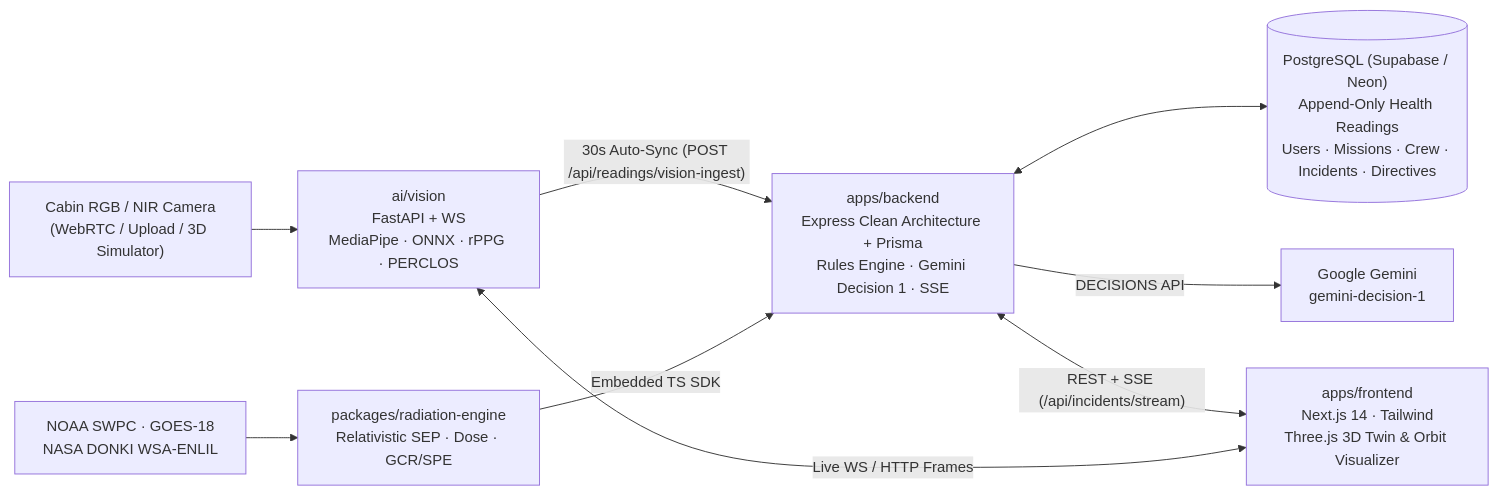
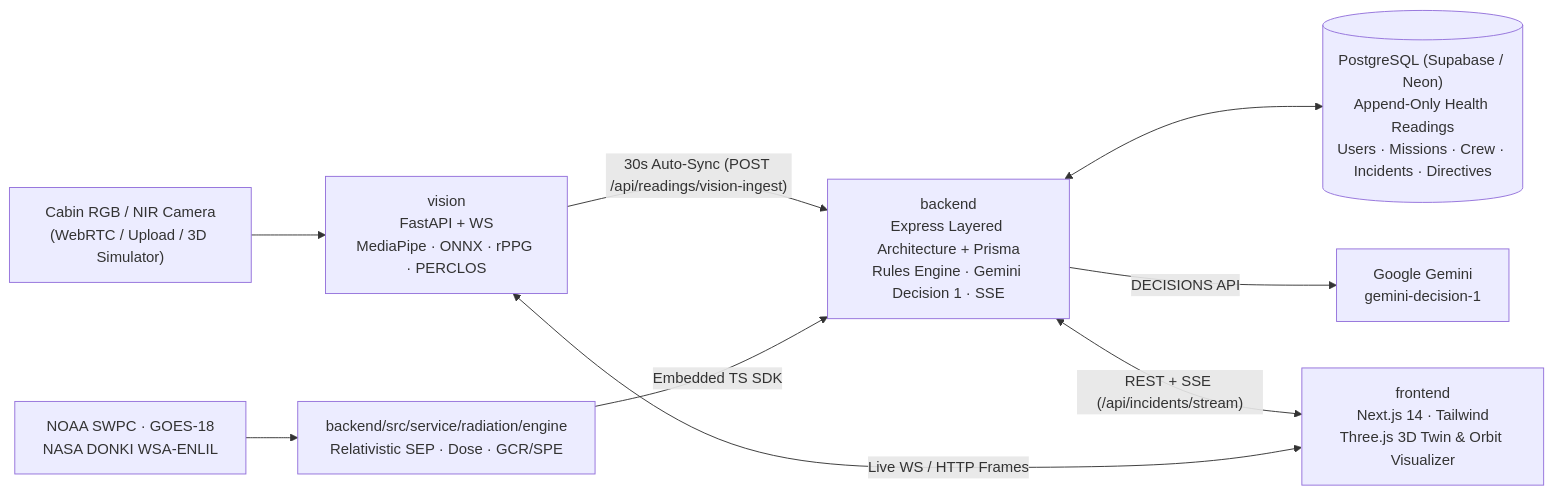
One commit to OlmosMyCity/NSA2026 changed the diagram in README.md. Above: the diagram before and after it, drawn with Mermaid. The commit also changed other lines of this file and 630 other files, not shown here.

First line of the commit message:
refactor: reorganize project into layered architecture

````diff
--- a/README.md
+++ b/README.md
@@ -72,11 +72,11 @@
 ```mermaid
 flowchart LR
-    Cam["Cabin RGB / NIR Camera\n(WebRTC / Upload / 3D Simulator)"] --> Vision["ai/vision\nFastAPI + WS\nMediaPipe · ONNX · rPPG · PERCLOS"]
-    NOAA["NOAA SWPC · GOES-18\nNASA DONKI WSA-ENLIL"] --> Rad["packages/radiation-engine\nRelativistic SEP · Dose · GCR/SPE"]
+    Cam["Cabin RGB / NIR Camera\n(WebRTC / Upload / 3D Simulator)"] --> Vision["vision\nFastAPI + WS\nMediaPipe · ONNX · rPPG · PERCLOS"]
+    NOAA["NOAA SWPC · GOES-18\nNASA DONKI WSA-ENLIL"] --> Rad["backend/src/service/radiation/engine\nRelativistic SEP · Dose · GCR/SPE"]
     Vision -->|"30s Auto-Sync (POST /api/readings/vision-ingest)"| API
-    Rad -->|"Embedded TS SDK"| API["apps/backend\nExpress Clean Architecture + Prisma\nRules Engine · Gemini Decision 1 · SSE"]
+    Rad -->|"Embedded TS SDK"| API["backend\nExpress Layered Architecture + Prisma\nRules Engine · Gemini Decision 1 · SSE"]
     API <--> DB[("PostgreSQL (Supabase / Neon)\nAppend-Only Health Readings\nUsers · Missions · Crew · Incidents · Directives")]
     API -->|"DECISIONS API"| Gemini["Google Gemini\ngemini-decision-1"]
-    API <-->|"REST + SSE (/api/incidents/stream)"| Web["apps/frontend\nNext.js 14 · Tailwind\nThree.js 3D Twin & Orbit Visualizer"]
+    API <-->|"REST + SSE (/api/incidents/stream)"| Web["frontend\nNext.js 14 · Tailwind\nThree.js 3D Twin & Orbit Visualizer"]
     Web <-->|"Live WS / HTTP Frames"| Vision
 ```
````
